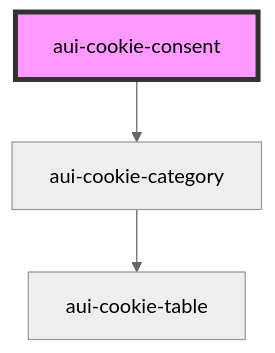
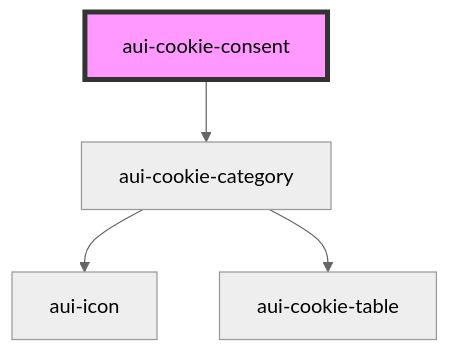
The diagram in src/components/cookie-consent/readme.md (digipolisantwerp/antwerp-ui_web-components), drawn with Mermaid (neutral theme) before and after one commit. The commit also changed 7 other files, not shown here.

````diff
--- a/src/components/cookie-consent/readme.md
+++ b/src/components/cookie-consent/readme.md
@@ -115,6 +115,7 @@
 ```mermaid
 graph TD;
   aui-cookie-consent --> aui-cookie-category
+  aui-cookie-category --> aui-icon
   aui-cookie-category --> aui-cookie-table
   style aui-cookie-consent fill:#f9f,stroke:#333,stroke-width:4px
 ```
````
